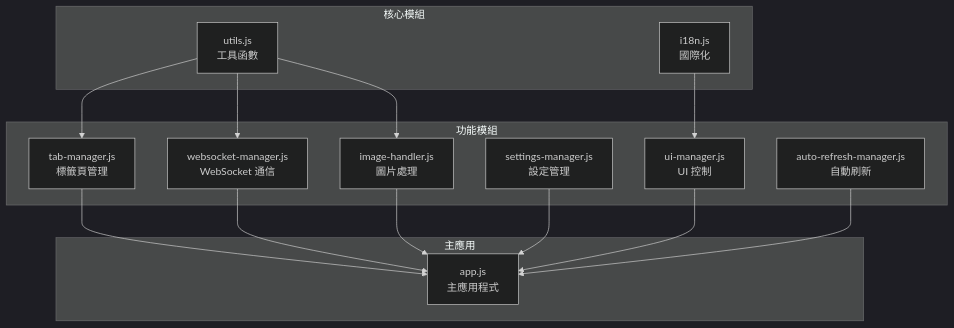
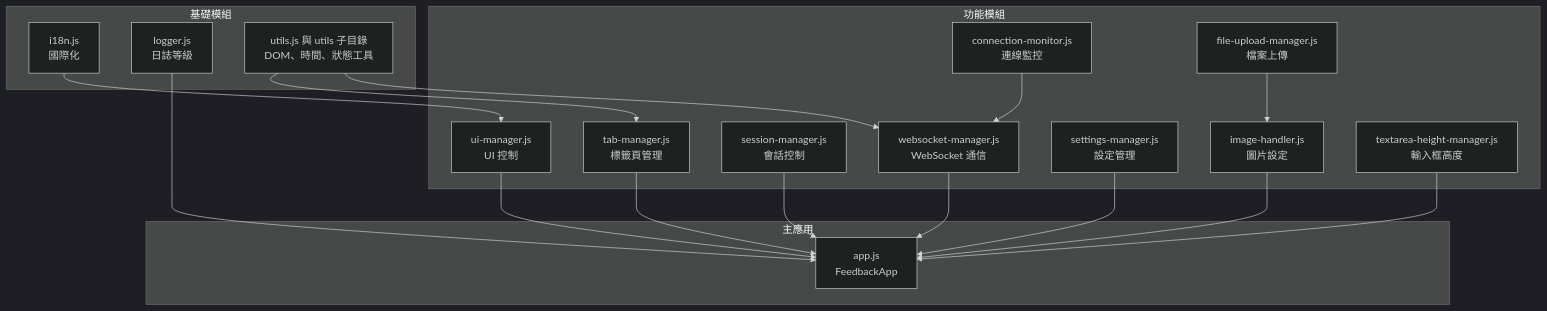
Before and after one commit to CloudEngineHub/mcp-feedback-enhanced: diagram 11 of 12 in docs/architecture/component-details.md, drawn with Mermaid (dark theme). The commit also changed other lines of this file, not shown here.

````diff
--- a/docs/architecture/component-details.md
+++ b/docs/architecture/component-details.md
@@ -823,31 +759,38 @@
 ```mermaid
 graph TD
-    subgraph "核心模組"
-        UTILS[utils.js<br/>工具函數]
+    subgraph "基礎模組"
         I18N[i18n.js<br/>國際化]
+        LOGGER[logger.js<br/>日誌等級]
+        UTILS[utils.js 與 utils 子目錄<br/>DOM、時間、狀態工具]
     end
 
     subgraph "功能模組"
         TAB[tab-manager.js<br/>標籤頁管理]
         WS[websocket-manager.js<br/>WebSocket 通信]
-        IMG[image-handler.js<br/>圖片處理]
+        MONITOR[connection-monitor.js<br/>連線監控]
+        SESSION[session-manager.js<br/>會話控制]
+        UPLOAD[file-upload-manager.js<br/>檔案上傳]
+        IMG[image-handler.js<br/>圖片設定]
         SETTINGS[settings-manager.js<br/>設定管理]
         UI[ui-manager.js<br/>UI 控制]
-        REFRESH[auto-refresh-manager.js<br/>自動刷新]
+        HEIGHT[textarea-height-manager.js<br/>輸入框高度]
     end
 
     subgraph "主應用"
-        APP[app.js<br/>主應用程式]
+        APP[app.js<br/>FeedbackApp]
     end
 
     UTILS --> TAB
     UTILS --> WS
-    UTILS --> IMG
+    MONITOR --> WS
+    UPLOAD --> IMG
     I18N --> UI
+    LOGGER --> APP
     TAB --> APP
     WS --> APP
+    SESSION --> APP
     IMG --> APP
     SETTINGS --> APP
     UI --> APP
-    REFRESH --> APP
+    HEIGHT --> APP
 ```
````
